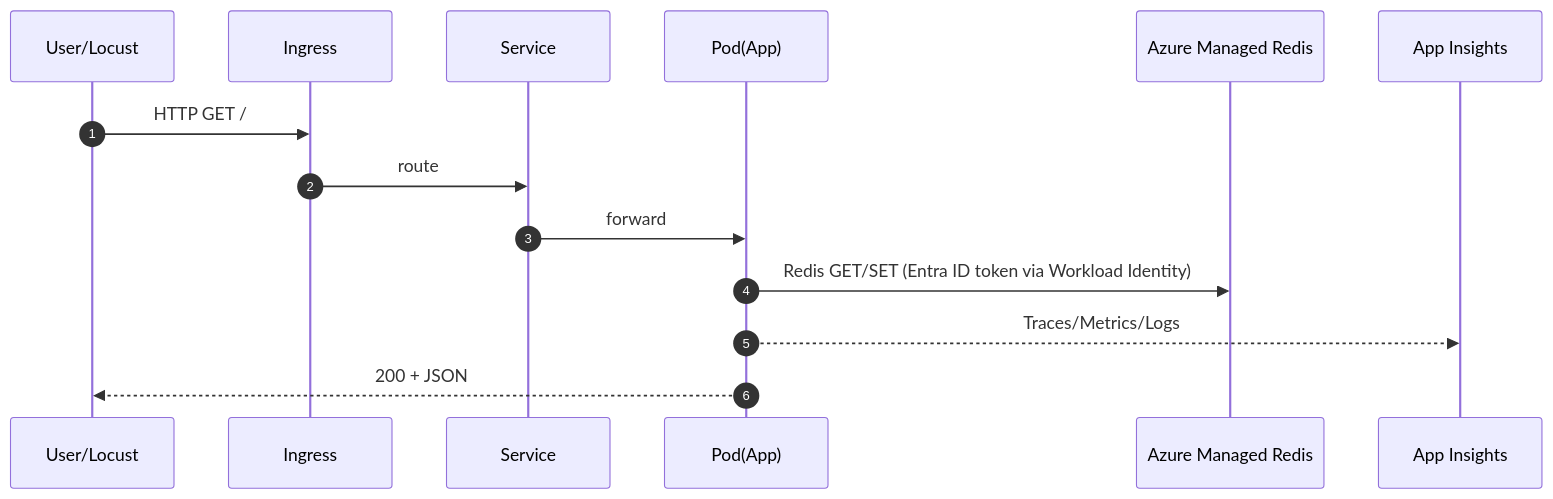
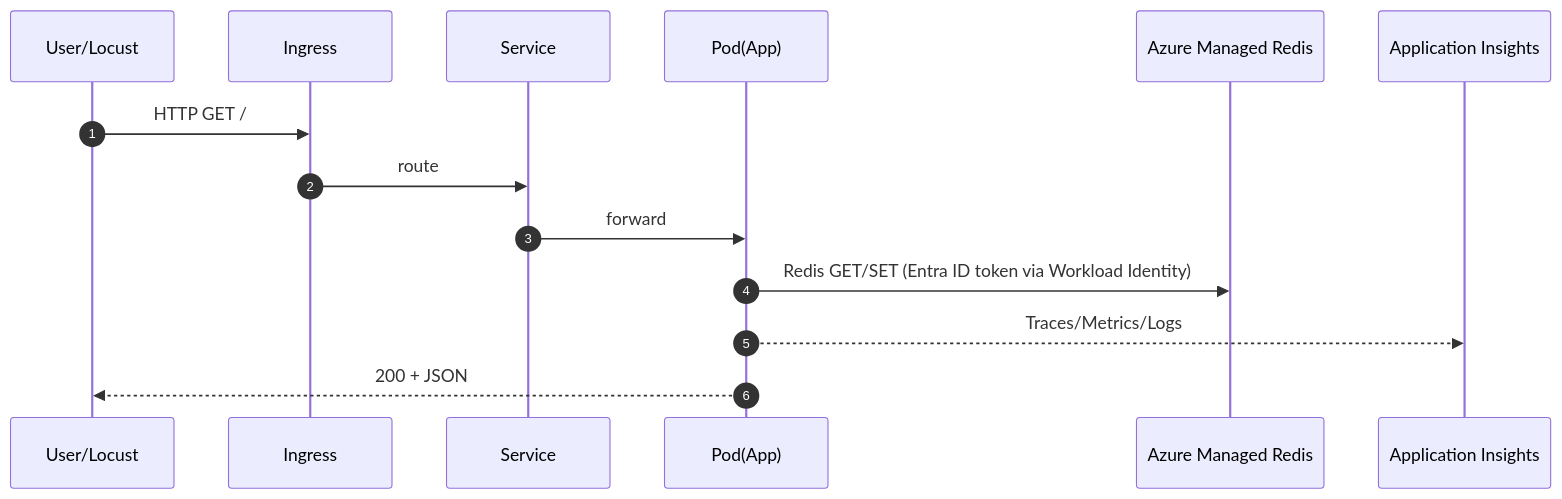
Before and after one commit to torumakabe/aks-chaos-lab: the second of 3 diagrams in docs/design.md, drawn with Mermaid. The commit also changed other lines of this file and 8 other files, not shown here.

````diff
--- a/docs/design.md
+++ b/docs/design.md
@@ -40,17 +38,17 @@
 ```mermaid
 sequenceDiagram
   autonumber
   participant U as User/Locust
   participant I as Ingress
   participant S as Service
   participant P as Pod(App)
   participant R as Azure Managed Redis
-  participant AI as App Insights
+  participant AppInsights as Application Insights
 
   U->>I: HTTP GET /
   I->>S: route
   S->>P: forward
   P->>R: Redis GET/SET (Entra ID token via Workload Identity)
-  P-->>AI: Traces/Metrics/Logs
+  P-->>AppInsights: Traces/Metrics/Logs
   P-->>U: 200 + JSON
 ```
````
